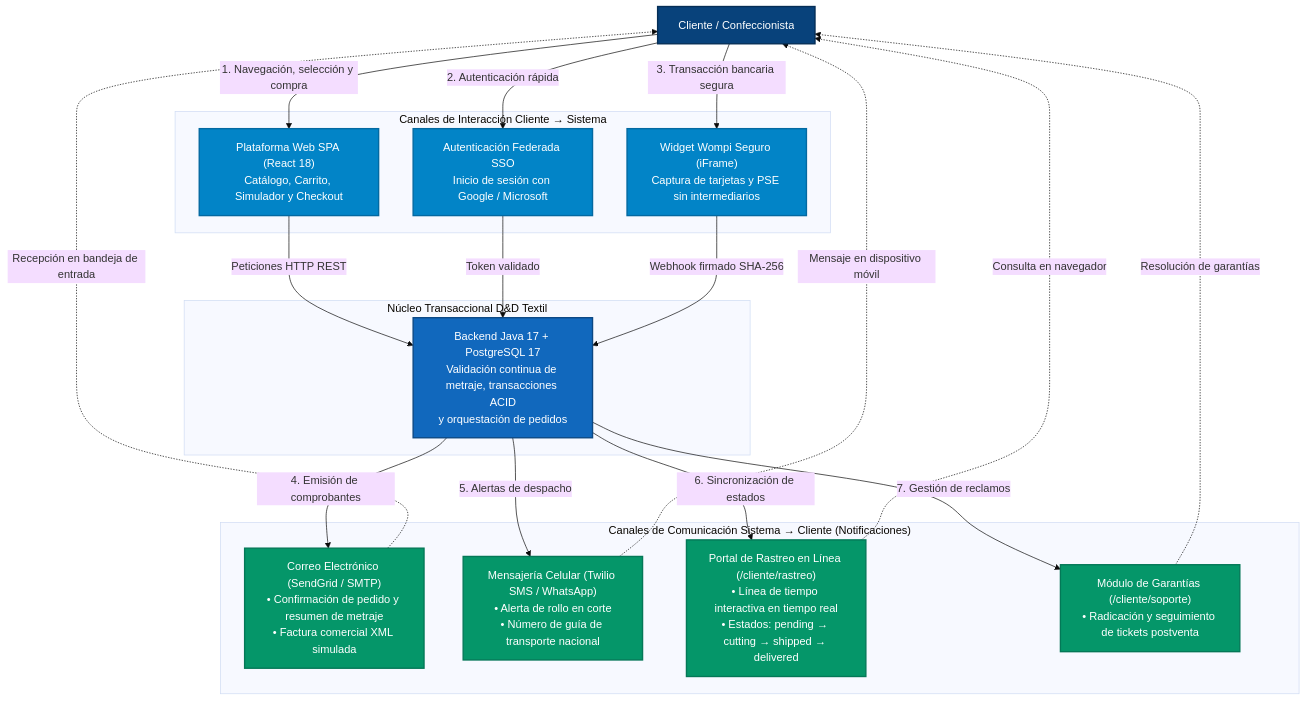
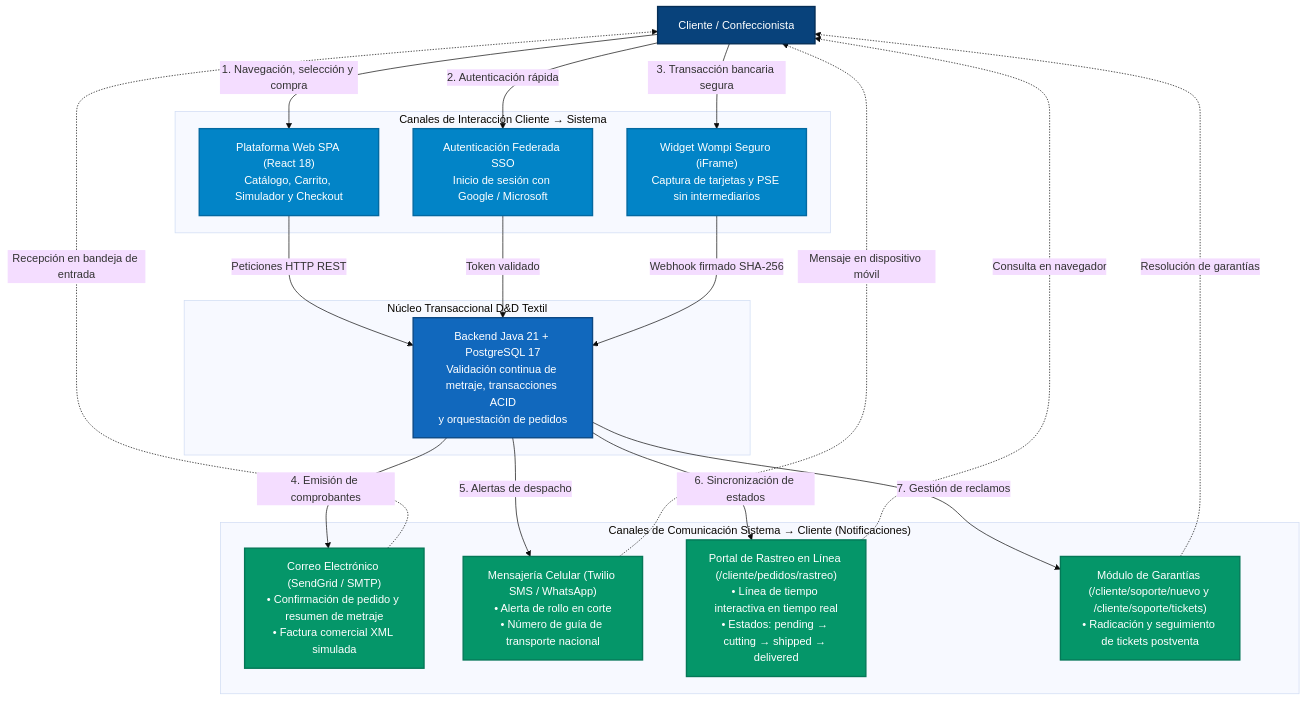
The fifth of 7 diagrams in documentacion/02-arquitectura-software-c4-y-backend.md (Jhonmoreno000/PROYECTO-SENA-TIENDA-TEXTIL-), drawn with Mermaid (base theme) before and after one commit. The commit also changed other lines of this file and 55 other files, not shown here.

Commit message:
docs: rehacer documentacion, diagramas, contrato OpenAPI y matriz v3 segun el codigo de main (#39)

````diff
--- a/documentacion/02-arquitectura-software-c4-y-backend.md
+++ b/documentacion/02-arquitectura-software-c4-y-backend.md
@@ -357,44 +359,44 @@
 ```mermaid
 flowchart TD
     classDef clienteStyle fill:#08427B,stroke:#052e56,stroke-width:2px,color:#ffffff,font-family:sans-serif;
     classDef canalStyle fill:#0284c7,stroke:#0369a1,stroke-width:2px,color:#ffffff,font-family:sans-serif;
     classDef sistemaStyle fill:#1168BD,stroke:#0b4884,stroke-width:2px,color:#ffffff,font-family:sans-serif;
     classDef salidaStyle fill:#059669,stroke:#047857,stroke-width:2px,color:#ffffff,font-family:sans-serif;
 
     Cliente["Cliente / Confeccionista"]:::clienteStyle
 
     subgraph CanalesEntrada ["Canales de Interacción Cliente &rarr; Sistema"]
         CanalWeb["Plataforma Web SPA (React 18)<br/>Catálogo, Carrito, Simulador y Checkout"]:::canalStyle
         CanalSSO["Autenticación Federada SSO<br/>Inicio de sesión con Google / Microsoft"]:::canalStyle
         CanalWidget["Widget Wompi Seguro (iFrame)<br/>Captura de tarjetas y PSE sin intermediarios"]:::canalStyle
     end
 
     subgraph NucleoDAndD ["Núcleo Transaccional D&D Textil"]
-        BackendJava["Backend Java 17 + PostgreSQL 17<br/>Validación continua de metraje, transacciones ACID<br/>y orquestación de pedidos"]:::sistemaStyle
+        BackendJava["Backend Java 21 + PostgreSQL 17<br/>Validación continua de metraje, transacciones ACID<br/>y orquestación de pedidos"]:::sistemaStyle
     end
 
     subgraph CanalesSalida ["Canales de Comunicación Sistema &rarr; Cliente (Notificaciones)"]
         CanalEmail["Correo Electrónico (SendGrid / SMTP)<br/>• Confirmación de pedido y resumen de metraje<br/>• Factura comercial XML simulada"]:::salidaStyle
         CanalSMS["Mensajería Celular (Twilio SMS / WhatsApp)<br/>• Alerta de rollo en corte<br/>• Número de guía de transporte nacional"]:::salidaStyle
-        CanalTracking["Portal de Rastreo en Línea (/cliente/rastreo)<br/>• Línea de tiempo interactiva en tiempo real<br/>• Estados: pending &rarr; cutting &rarr; shipped &rarr; delivered"]:::salidaStyle
-        CanalSoporte["Módulo de Garantías (/cliente/soporte)<br/>• Radicación y seguimiento de tickets postventa"]:::salidaStyle
+        CanalTracking["Portal de Rastreo en Línea (/cliente/pedidos/rastreo)<br/>• Línea de tiempo interactiva en tiempo real<br/>• Estados: pending &rarr; cutting &rarr; shipped &rarr; delivered"]:::salidaStyle
+        CanalSoporte["Módulo de Garantías (/cliente/soporte/nuevo y /cliente/soporte/tickets)<br/>• Radicación y seguimiento de tickets postventa"]:::salidaStyle
     end
 
     Cliente -->|"1. Navegación, selección y compra"| CanalWeb
     Cliente -->|"2. Autenticación rápida"| CanalSSO
     Cliente -->|"3. Transacción bancaria segura"| CanalWidget
 
     CanalWeb -->|"Peticiones HTTP REST"| BackendJava
     CanalSSO -->|"Token validado"| BackendJava
     CanalWidget -->|"Webhook firmado SHA-256"| BackendJava
 
     BackendJava -->|"4. Emisión de comprobantes"| CanalEmail
     BackendJava -->|"5. Alertas de despacho"| CanalSMS
     BackendJava -->|"6. Sincronización de estados"| CanalTracking
     BackendJava -->|"7. Gestión de reclamos"| CanalSoporte
 
     CanalEmail -.->|"Recepción en bandeja de entrada"| Cliente
     CanalSMS -.->|"Mensaje en dispositivo móvil"| Cliente
     CanalTracking -.->|"Consulta en navegador"| Cliente
     CanalSoporte -.->|"Resolución de garantías"| Cliente
 ```
````
